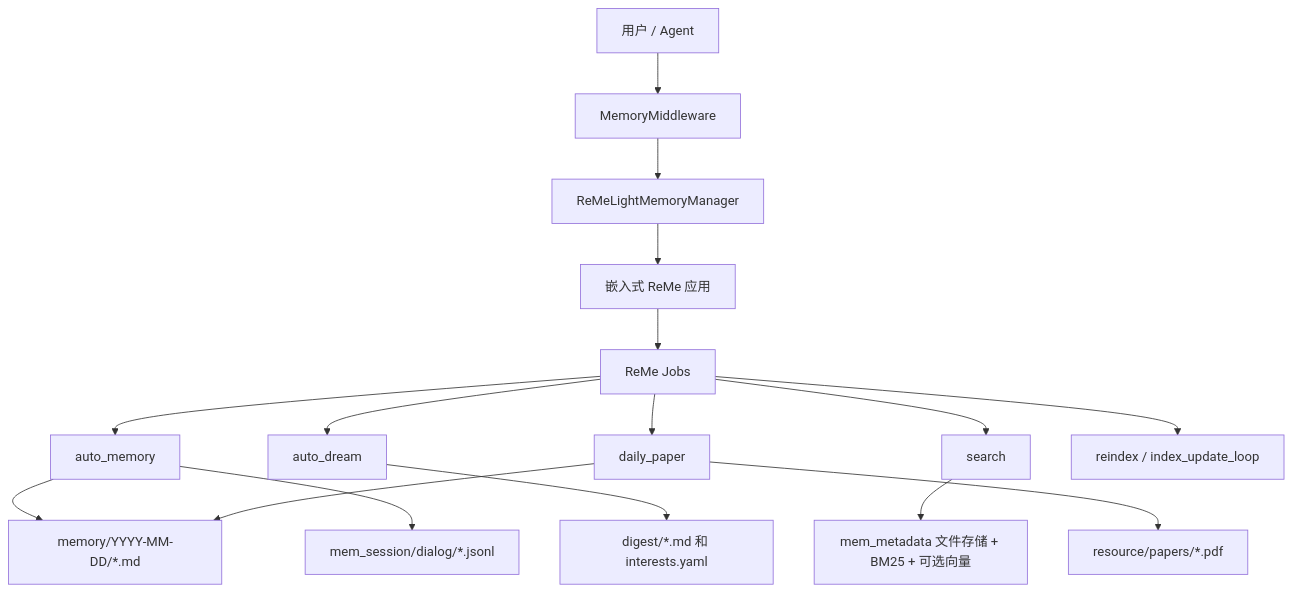
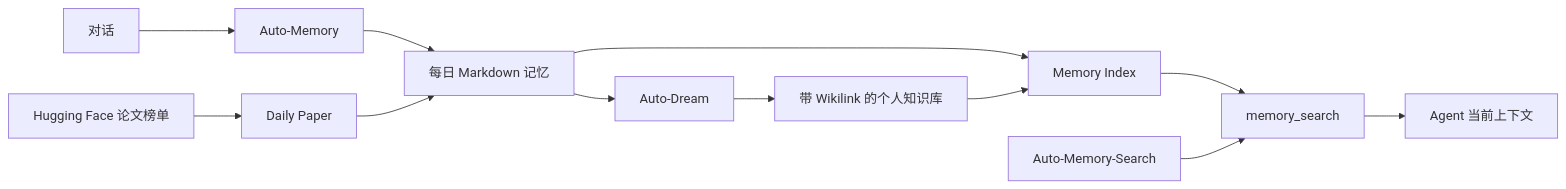
Before and after one commit to agentscope-ai/QwenPaw: the first of 5 diagrams in website/public/docs/memory.zh.md, drawn with Mermaid. The commit also changed other lines of this file and 11 other files, not shown here.

````diff
--- a/website/public/docs/memory.zh.md
+++ b/website/public/docs/memory.zh.md
@@ -25,18 +7,14 @@
 ```mermaid
-graph TB
-    User[用户 / Agent] --> Middleware[MemoryMiddleware]
-    Middleware --> Manager[ReMeLightMemoryManager]
-    Manager --> ReMe[嵌入式 ReMe 应用]
-    ReMe --> Jobs[ReMe Jobs]
-    Jobs --> AutoMemory[auto_memory]
-    Jobs --> AutoDream[auto_dream]
-    Jobs --> Search[search]
-    Jobs --> DailyPaper[daily_paper]
-    Jobs --> Reindex[reindex / index_update_loop]
-    AutoMemory --> Daily[memory/YYYY-MM-DD/*.md]
-    AutoMemory --> Session[mem_session/dialog/*.jsonl]
-    AutoDream --> Digest[digest/*.md 和 interests.yaml]
-    DailyPaper --> ResourceDir[resource/papers/*.pdf]
-    DailyPaper --> Daily
-    Search --> Store[mem_metadata 文件存储 + BM25 + 可选向量]
+flowchart LR
+    A[对话] --> B[Auto-Memory]
+    P[Hugging Face 论文榜单] --> DP[Daily Paper]
+    B --> C[每日 Markdown 记忆]
+    DP --> C
+    C --> D[Memory Index]
+    C --> E[Auto-Dream]
+    E --> F[带 Wikilink 的个人知识库]
+    F --> D
+    D --> G[memory_search]
+    G --> H[Agent 当前上下文]
+    I[Auto-Memory-Search] --> G
 ```
````
